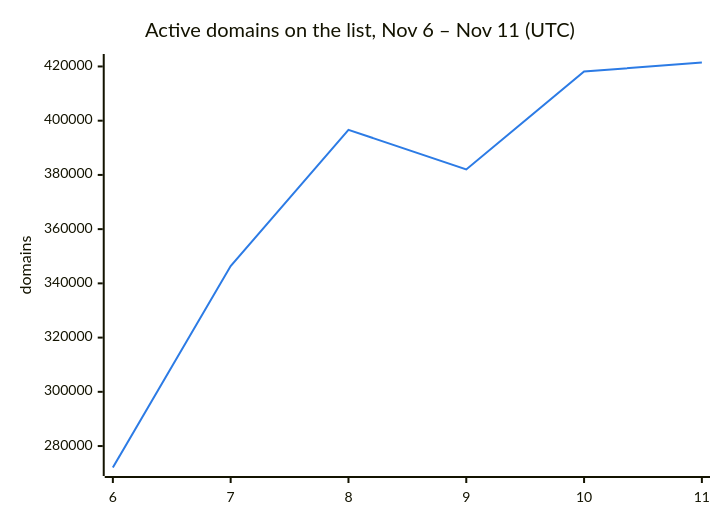
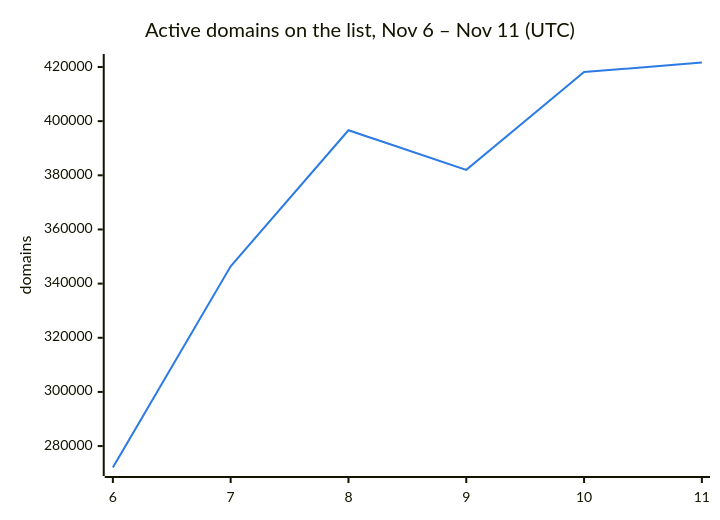
Before and after one commit to DNSBunker/CTI: the second of 3 diagrams in README.md, drawn with Mermaid. The commit also changed other lines of this file and 3 other files, not shown here.

````diff
--- a/README.md
+++ b/README.md
@@ -38,8 +38,8 @@
 ```mermaid
 %%{init: {"themeVariables": {"xyChart": {"plotColorPalette": "#2c7be5"}}}}%%
 xychart-beta
     title "Active domains on the list, Nov 6 – Nov 11 (UTC)"
     x-axis ["6", "7", "8", "9", "10", "11"]
     y-axis "domains"
-    line [272088, 346388, 396638, 382009, 418143, 421463]
+    line [272088, 346388, 396638, 382009, 418143, 421664]
 ```
````
